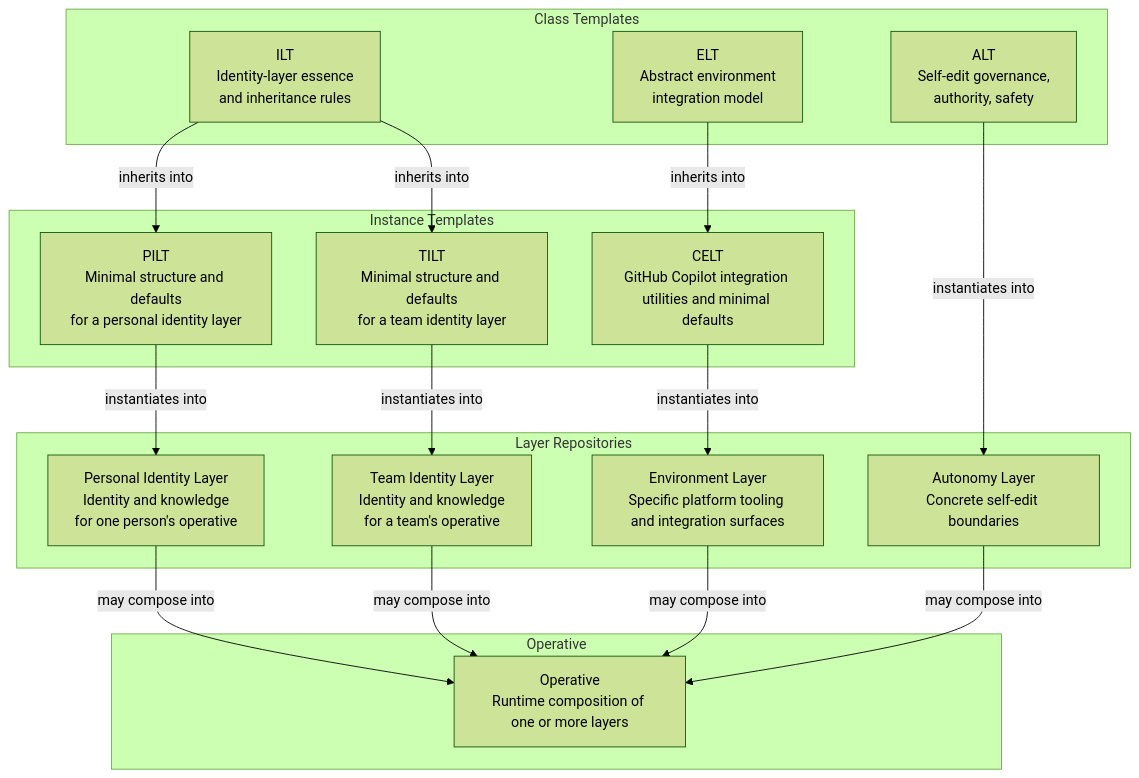
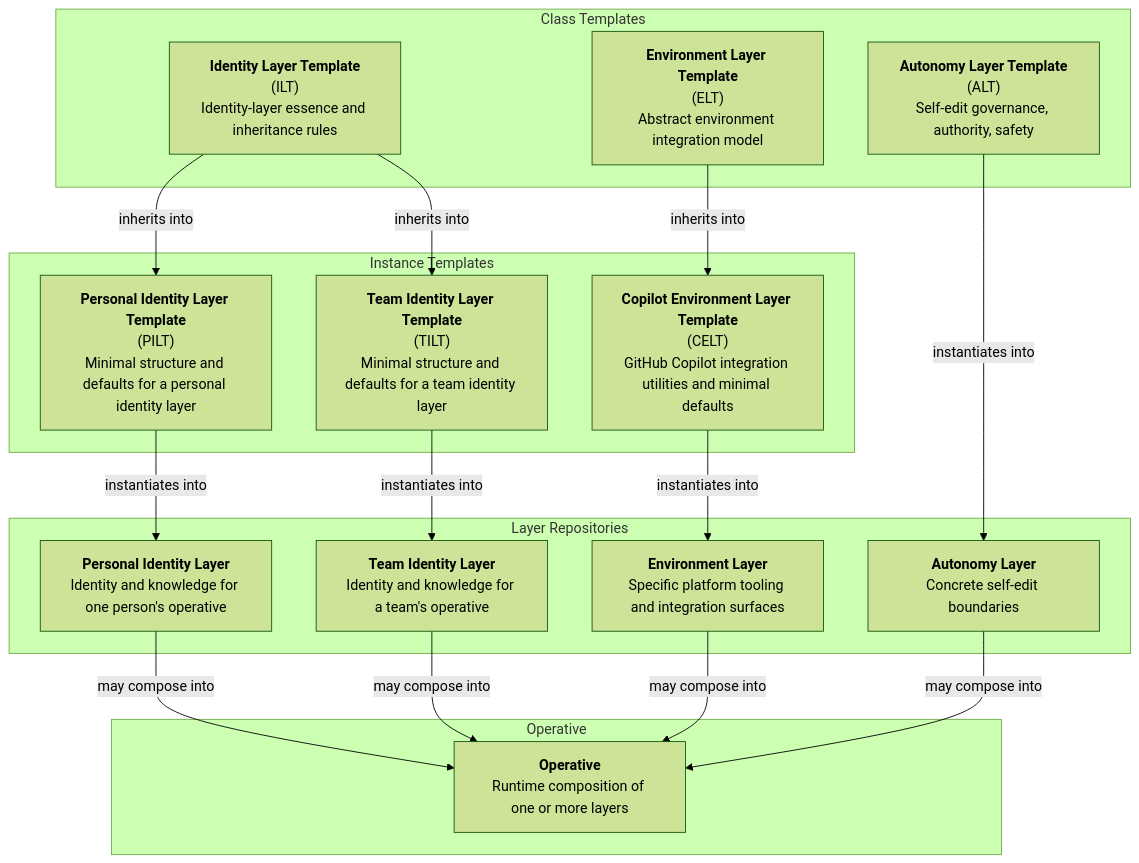
Before and after one commit to jack-indaboks/ai-operative-system: the diagram in README.md, drawn with Mermaid (forest theme). The commit also changed other lines of this file, not shown here.

Commit message:
formatting

````diff
--- a/README.md
+++ b/README.md
@@ -29,39 +29,39 @@
 ```mermaid
 flowchart TD
    subgraph ClassTemplates[Class Templates]
-      ILT[ILT<br>Identity-layer essence<br>and inheritance rules]
-      ALT[ALT<br>Self-edit governance,<br>authority, safety]
-      ELT[ELT<br>Abstract environment<br>integration model]
+      ILT["<b>Identity Layer Template</b><br>(ILT)<br>Identity-layer essence and inheritance rules"]
+      ALT["<b>Autonomy Layer Template</b><br>(ALT)<br>Self-edit governance, authority, safety"]
+      ELT["<b>Environment Layer Template</b><br>(ELT)<br>Abstract environment integration model"]
    end
 
    subgraph InstanceTemplates[Instance Templates]
-      PILT[PILT<br>Minimal structure and defaults<br>for a personal identity layer]
-      TILT[TILT<br>Minimal structure and defaults<br>for a team identity layer]
-      CELT[CELT<br>GitHub Copilot integration utilities and minimal defaults]
+      PILT["<b>Personal Identity Layer Template</b><br>(PILT)<br>Minimal structure and defaults for a personal identity layer"]
+      TILT["<b>Team Identity Layer Template</b><br>(TILT)<br>Minimal structure and defaults for a team identity layer"]
+      CELT["<b>Copilot Environment Layer Template</b><br>(CELT)<br>GitHub Copilot integration utilities and minimal defaults"]
    end
 
    subgraph LayerRepos[Layer Repositories]
-      PIL[Personal Identity Layer<br>Identity and knowledge<br>for one person's operative]
-      TIL[Team Identity Layer<br>Identity and knowledge<br>for a team's operative]
-      ELR[Environment Layer<br>Specific platform tooling and integration surfaces]
-      ALR[Autonomy Layer<br>Concrete self-edit boundaries]
+      PIL["<b>Personal Identity Layer</b><br>Identity and knowledge for one person's operative"]
+      TIL["<b>Team Identity Layer</b><br>Identity and knowledge for a team's operative"]
+      ELR["<b>Environment Layer</b><br>Specific platform tooling and integration surfaces"]
+      ALR["<b>Autonomy Layer</b><br>Concrete self-edit boundaries"]
    end
 
    subgraph OperativeLayer[Operative]
-      OP[Operative<br>Runtime composition of one or more layers]
+      OP["<b>Operative</b><br>Runtime composition of one or more layers"]
    end
 
    ILT -->|inherits into| PILT
    ILT -->|inherits into| TILT
    ALT -->|instantiates into| ALR
    ELT -->|inherits into| CELT
 
    PILT -->|instantiates into| PIL
    TILT -->|instantiates into| TIL
    CELT -->|instantiates into| ELR
 
    PIL -->|may compose into| OP
    TIL -->|may compose into| OP
    ELR -->|may compose into| OP
    ALR -->|may compose into| OP
 ```
````
